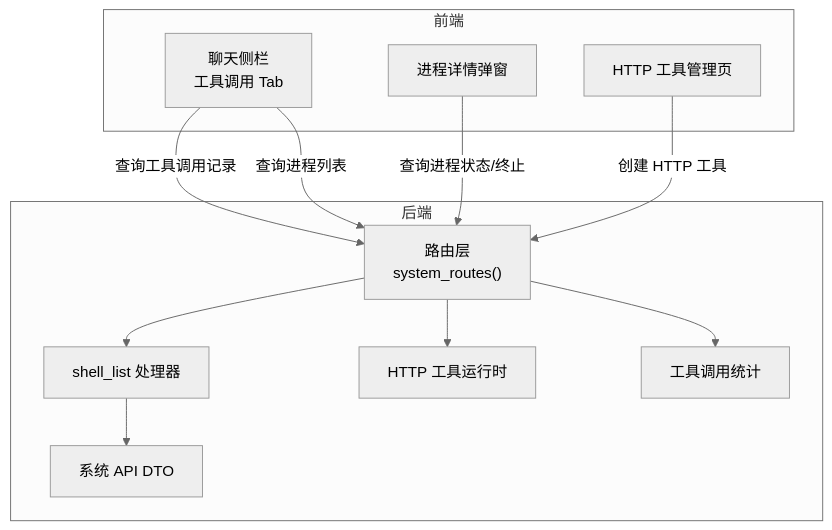
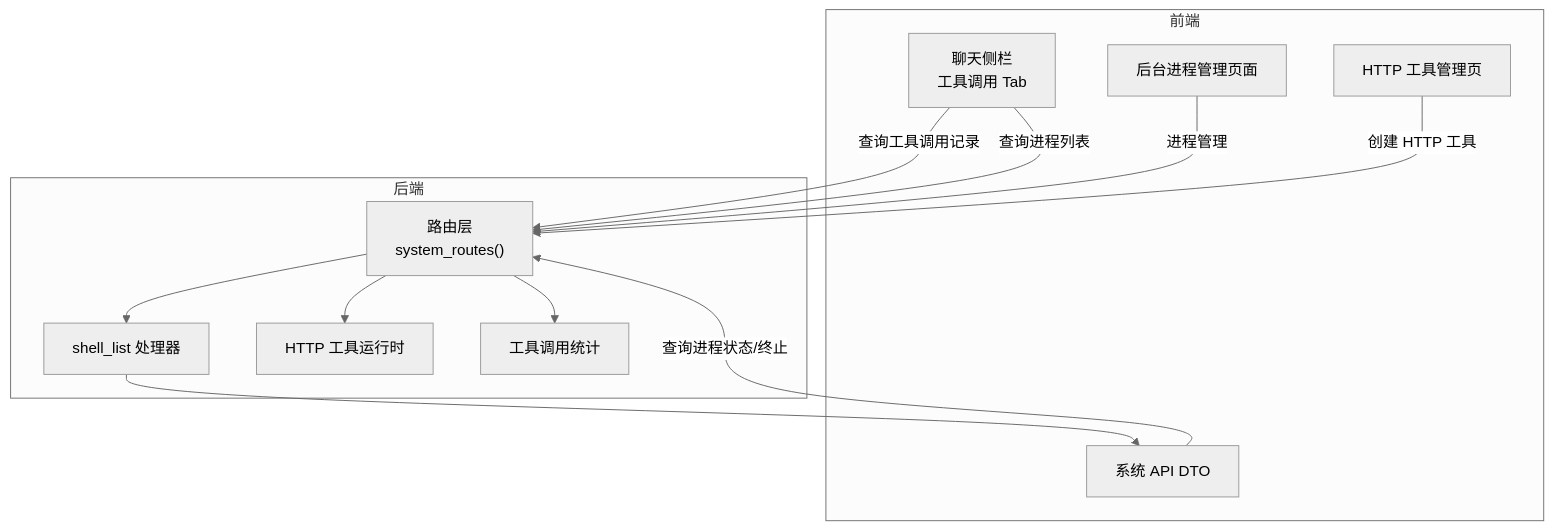
One commit to runningcoders/ai_orz changed the first of 8 diagrams in .qoder/repowiki/zh/content/前端应用/页面模块/消息与工作区页面/聊天侧面板/工具调用标签页.md. Above: the diagram before and after it, drawn with Mermaid (neutral theme). The commit also changed other lines of this file and 142 other files, not shown here.

````diff
--- a/.qoder/repowiki/zh/content/前端应用/页面模块/消息与工作区页面/聊天侧面板/工具调用标签页.md
+++ b/.qoder/repowiki/zh/content/前端应用/页面模块/消息与工作区页面/聊天侧面板/工具调用标签页.md
@@ -47,23 +58,25 @@
 ```mermaid
 graph TB
 subgraph "前端"
 A["聊天侧栏<br/>工具调用 Tab"]
 B["HTTP 工具管理页"]
-C["进程详情弹窗"]
+C["后台进程管理页面"]
+D["进程详情弹窗"]
 end
 subgraph "后端"
 R["路由层<br/>system_routes()"]
 H["shell_list 处理器"]
 D["系统 API DTO"]
 T["HTTP 工具运行时"]
 S["工具调用统计"]
 end
 A --> |查询工具调用记录| R
 A --> |查询进程列表| R
-C --> |查询进程状态/终止| R
+C --> |进程管理| R
+D --> |查询进程状态/终止| R
 B --> |创建 HTTP 工具| R
 R --> H
 R --> T
 R --> S
 H --> D
 ```
````
